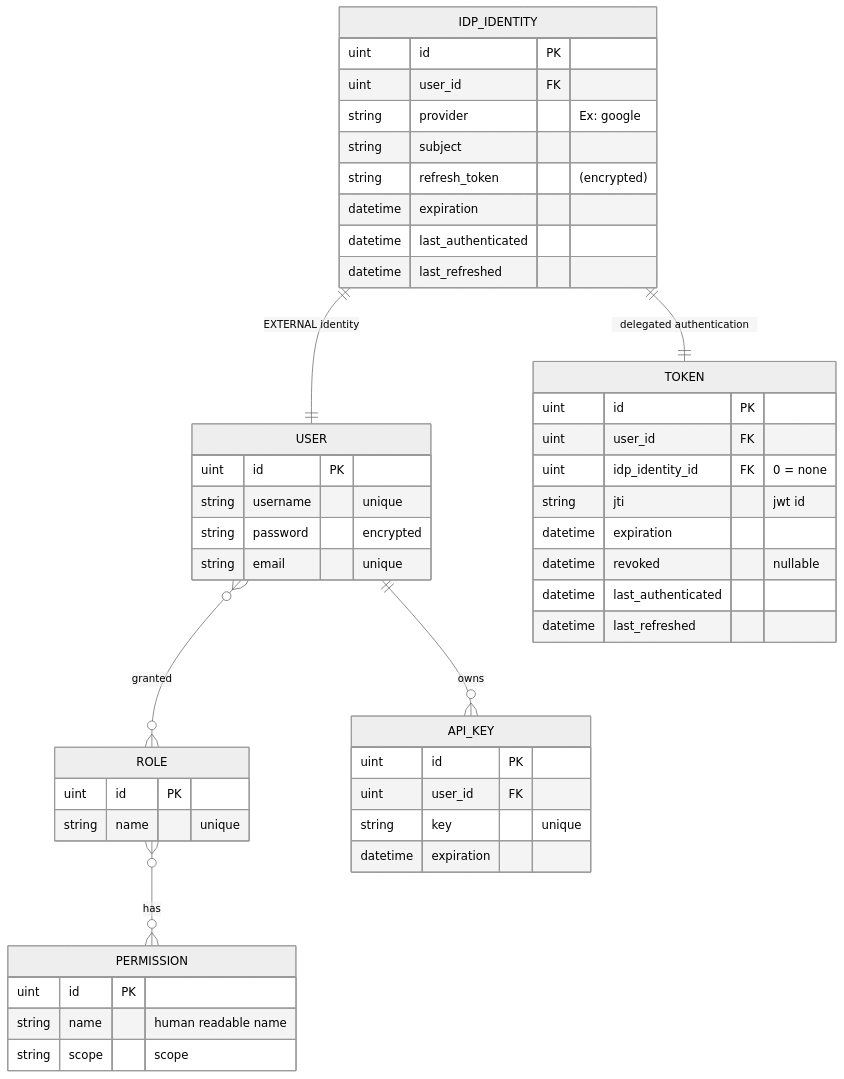
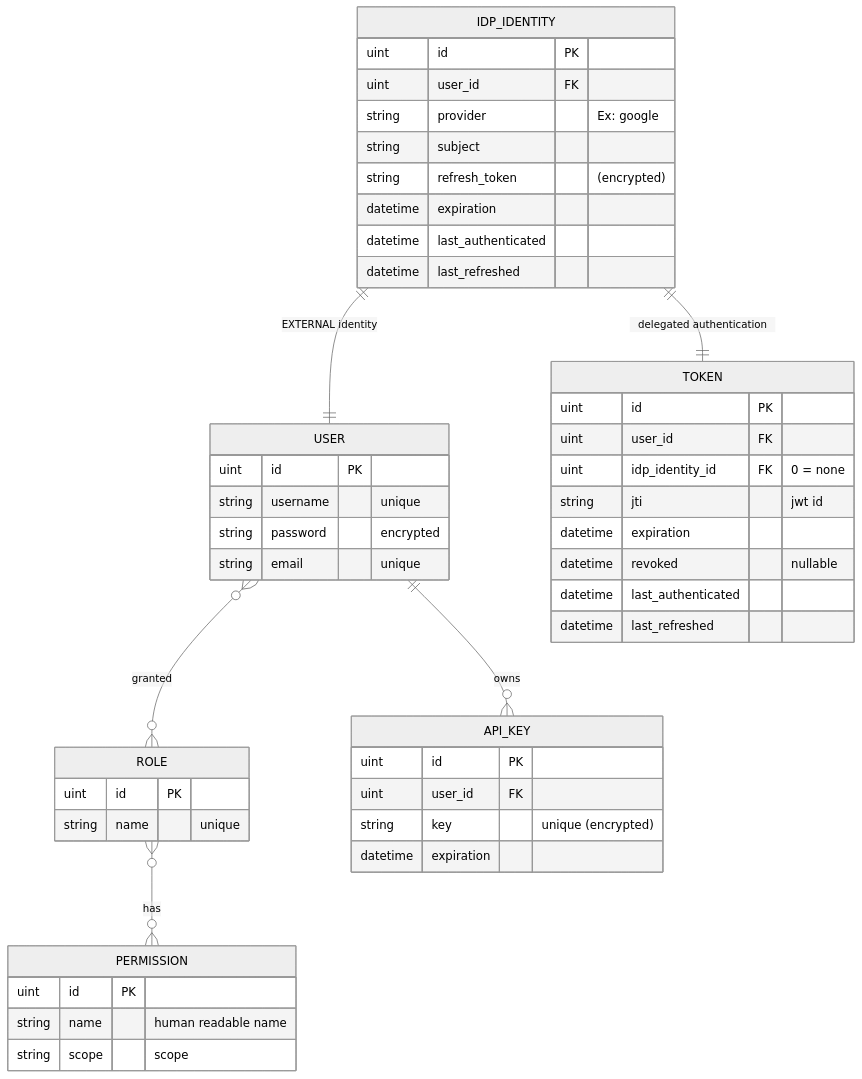
The first of 6 diagrams in enhancements/hub-oidc-provider/README.md (konveyor/enhancements), drawn with Mermaid (neutral theme) before and after one commit.

Commit message:
checkpoint

````diff
--- a/enhancements/hub-oidc-provider/README.md
+++ b/enhancements/hub-oidc-provider/README.md
@@ -143,55 +143,55 @@
 ```mermaid
 erDiagram
     USER }o--o{ ROLE : "granted"
     ROLE }o--o{ PERMISSION : "has"
     USER ||--o{ API_KEY : "owns"
     IDP_IDENTITY ||--|| USER : "EXTERNAL identity"
     IDP_IDENTITY ||--|| TOKEN : "delegated authentication"
 
     USER {
         uint id PK
         string username "unique"
         string password "encrypted"
         string email "unique"
     }
 
     ROLE {
         uint id PK
         string name "unique"
     }
 
     PERMISSION {
         uint id PK
         string name "human readable name"
         string scope "scope"
     }
 
     API_KEY {
         uint id PK
         uint user_id FK
-        string key "unique"
+        string key "unique (encrypted)"
         datetime expiration
     }
 
     IDP_IDENTITY {
         uint id PK
         uint user_id FK
         string provider "Ex: google"
         string subject
         string refresh_token "(encrypted)"
         datetime expiration
         datetime last_authenticated
         datetime last_refreshed
     }
     
     TOKEN {
         uint id PK
         uint user_id FK
         uint idp_identity_id FK "0 = none"
         string jti "jwt id"
         datetime expiration
         datetime revoked "nullable"
         datetime last_authenticated
         datetime last_refreshed
     }
 ```
````
